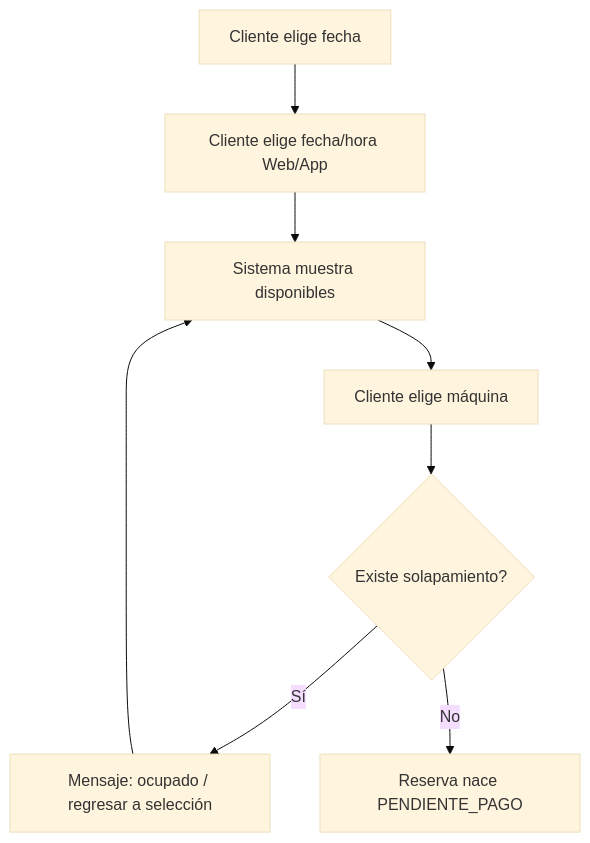
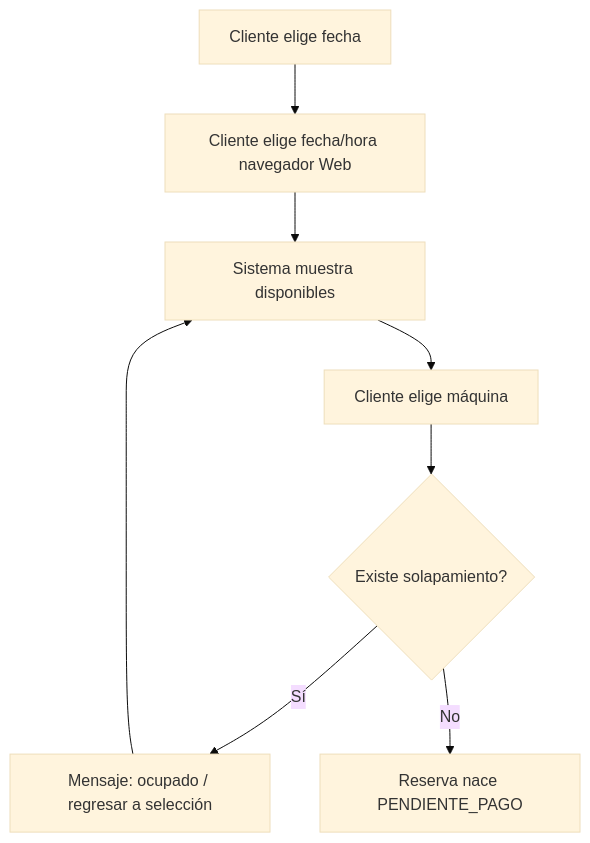
The first of 2 diagrams in docs/flujo-CU05-CU12.md (Samuel7-A/Proyecto-HD), drawn with Mermaid (base theme) before and after one commit. The commit also changed other lines of this file and 1 other file, not shown here.

Commit message:
fix: corregir nombre del curso y actualizar diagrama

````diff
--- a/docs/flujo-CU05-CU12.md
+++ b/docs/flujo-CU05-CU12.md
@@ -35,10 +35,10 @@
 ```mermaid
 flowchart TD
-    A[Cliente elige fecha] --> B[Cliente elige fecha/hora Web/App]
+    A[Cliente elige fecha] --> B[Cliente elige fecha/hora navegador Web]
     B --> C[Sistema muestra disponibles]
     C --> D[Cliente elige máquina]
     D --> E{Existe solapamiento?}
     E -- Sí --> F[Mensaje: ocupado / regresar a selección]
     F --> C
     E -- No --> G[Reserva nace PENDIENTE_PAGO]
 ```
````
